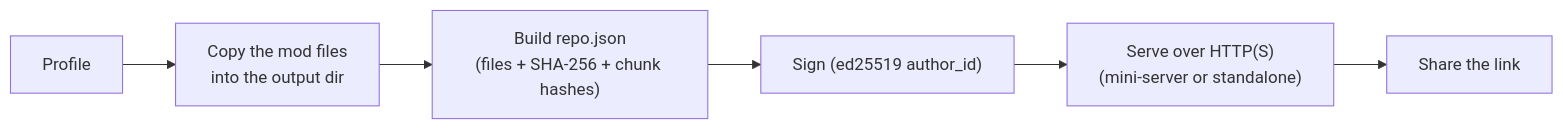
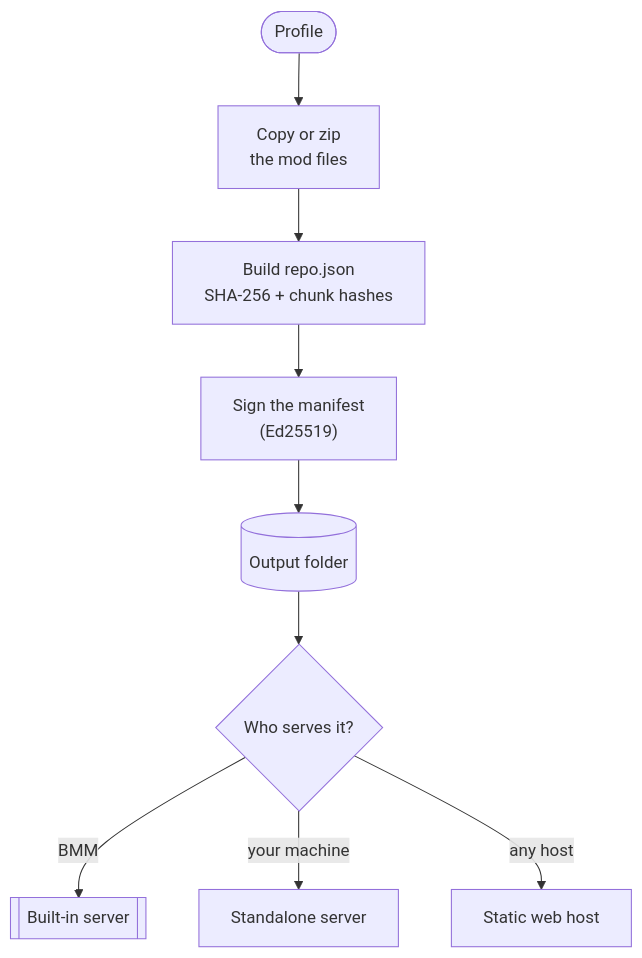
The first of 2 diagrams in frontend/assets/docs/en/how-it-works/sync-repos.md (FreeProject089/BetterModsManager), drawn with Mermaid before and after one commit. The commit also changed other lines of this file and 176 other files, not shown here.

````diff
--- a/frontend/assets/docs/en/how-it-works/sync-repos.md
+++ b/frontend/assets/docs/en/how-it-works/sync-repos.md
@@ -57,8 +57,11 @@
 ```mermaid
-flowchart LR
-    PROF["Profile"] --> COPY["Copy the mod files<br/>into the output dir"]
-    COPY --> GEN["Build repo.json<br/>(files + SHA-256 + chunk hashes)"]
-    GEN --> SIGN["Sign (ed25519 author_id)"]
-    SIGN --> SERVE["Serve over HTTP(S)<br/>(mini-server or standalone)"]
-    SERVE --> LINK["Share the link"]
+flowchart TD
+    PROF(["Profile"]) --> COPY["Copy or zip<br/>the mod files"]
+    COPY --> GEN["Build repo.json<br/>SHA-256 + chunk hashes"]
+    GEN --> SIGN["Sign the manifest<br/>(Ed25519)"]
+    SIGN --> OUT[("Output folder")]
+    OUT --> HOW{"Who serves it?"}
+    HOW -- "BMM" --> MINI[["Built-in server"]]
+    HOW -- "your machine" --> STAND["Standalone server"]
+    HOW -- "any host" --> STATIC["Static web host"]
 ```
````
